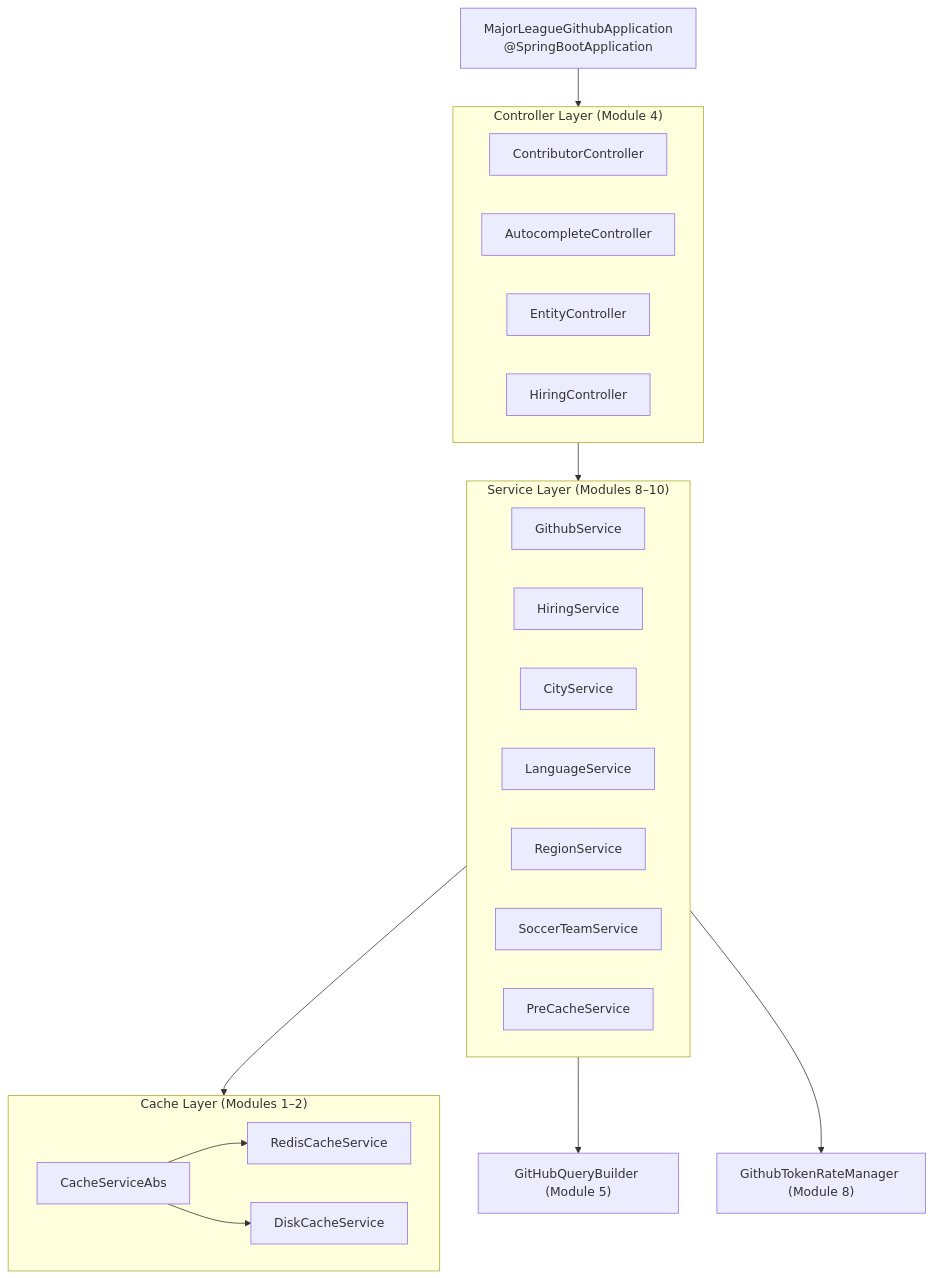
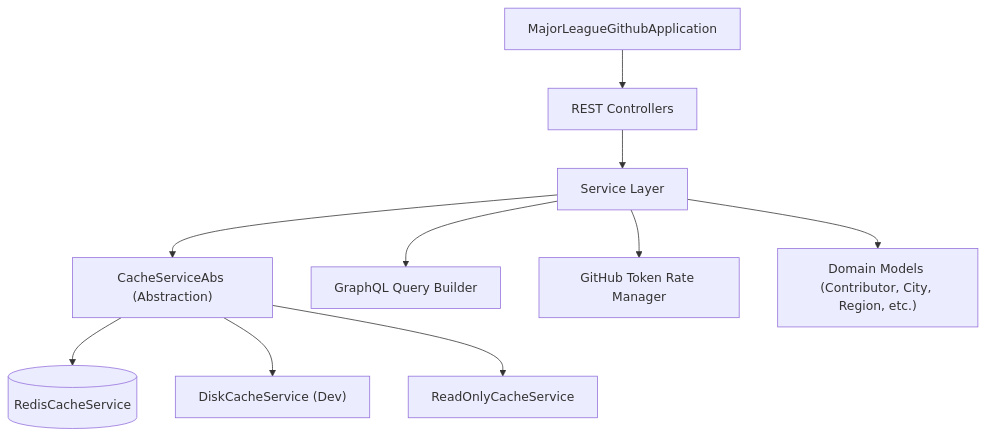
The second of 6 diagrams in docs/development/architecture/README.md (flamingo-stack/major-league-github), drawn with Mermaid before and after one commit. The commit also changed other lines of this file and 91 other files, not shown here.

````diff
--- a/docs/development/architecture/README.md
+++ b/docs/development/architecture/README.md
@@ -58,34 +46,12 @@
 ```mermaid
 flowchart TD
-    App["MajorLeagueGithubApplication\n@SpringBootApplication"] --> Controllers
-    
-    subgraph Controllers["Controller Layer (Module 4)"]
-        C1["ContributorController"]
-        C2["AutocompleteController"]
-        C3["EntityController"]
-        C4["HiringController"]
-    end
-
-    subgraph Services["Service Layer (Modules 8–10)"]
-        S1["GithubService"]
-        S2["HiringService"]
-        S3["CityService"]
-        S4["LanguageService"]
-        S5["RegionService"]
-        S6["SoccerTeamService"]
-        S7["PreCacheService"]
-    end
-
-    subgraph CacheLayer["Cache Layer (Modules 1–2)"]
-        CA["CacheServiceAbs"]
-        CR["RedisCacheService"]
-        CD["DiskCacheService"]
-    end
-
-    Controllers --> Services
-    Services --> CacheLayer
-    Services --> GraphQL["GitHubQueryBuilder (Module 5)"]
-    Services --> RateManager["GithubTokenRateManager (Module 8)"]
-    CA --> CR
-    CA --> CD
+    App["MajorLeagueGithubApplication"] --> Controllers["REST Controllers"]
+    Controllers --> ServiceLayer["Service Layer"]
+    ServiceLayer --> CacheAbs["CacheServiceAbs (Abstraction)"]
+    ServiceLayer --> GraphQL["GraphQL Query Builder"]
+    ServiceLayer --> RateManager["GitHub Token Rate Manager"]
+    CacheAbs --> Redis[("RedisCacheService")]
+    CacheAbs --> Disk["DiskCacheService (Dev)"]
+    CacheAbs --> ReadOnly["ReadOnlyCacheService"]
+    ServiceLayer --> Models["Domain Models (Contributor, City, Region, etc.)"]
 ```
````
